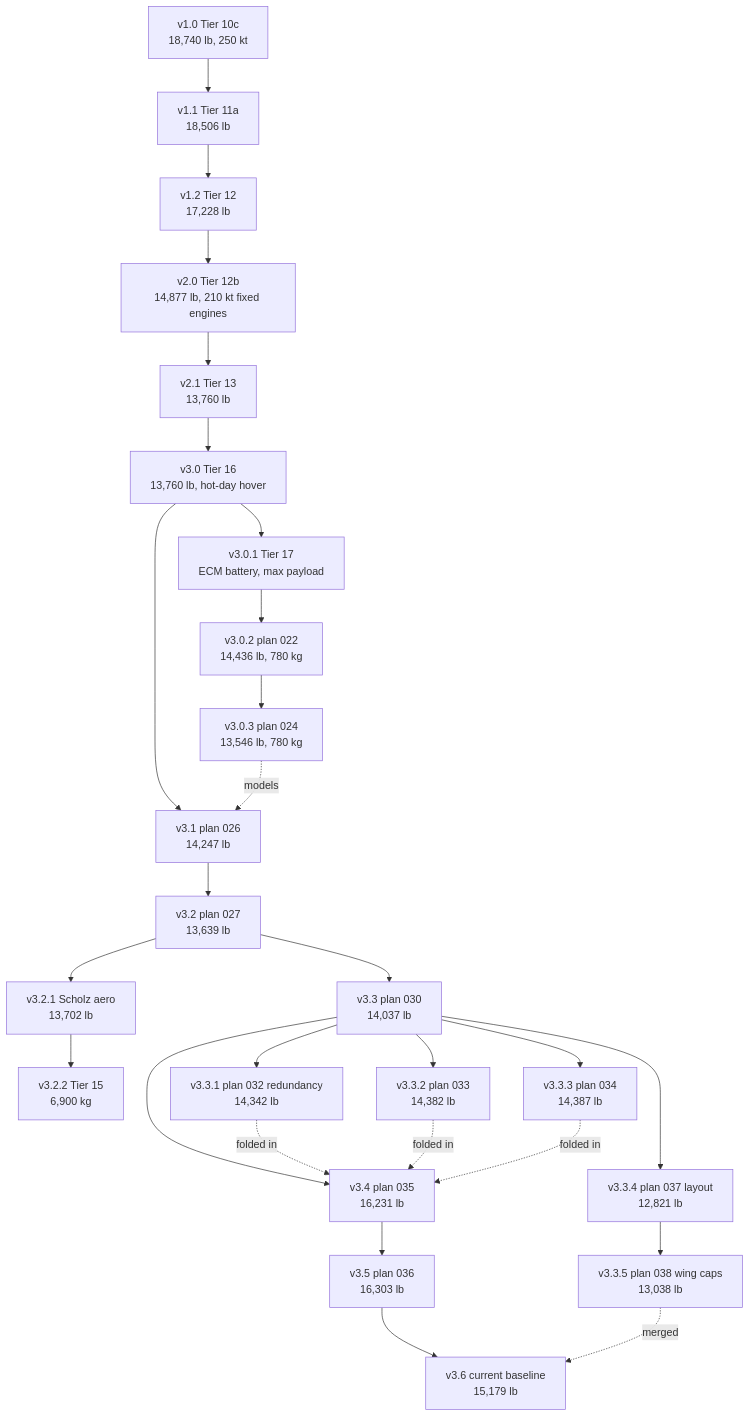
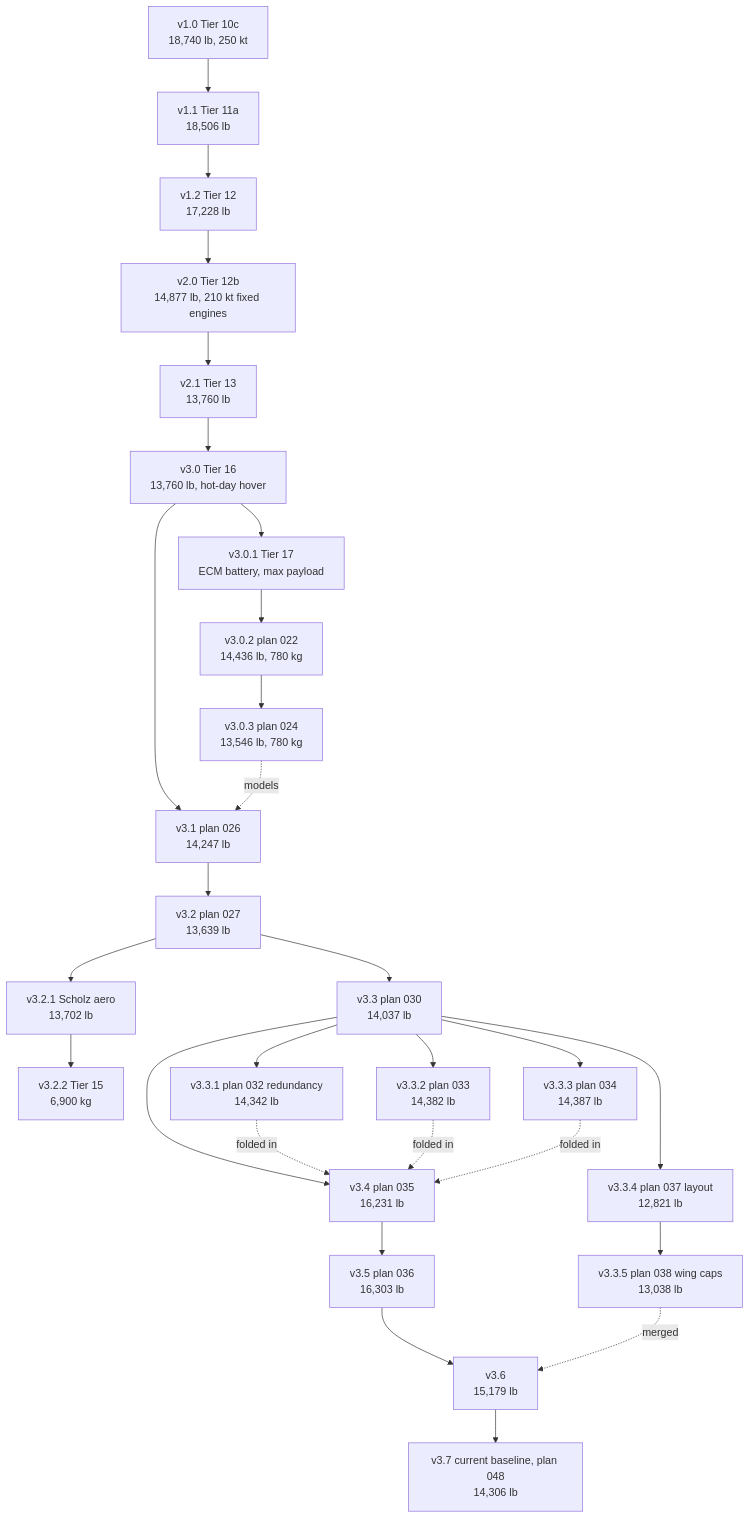
One commit to rootAmos/size_halo changed the diagram in docs/AIRCRAFT_VERSIONS.md. Above: the diagram before and after it, drawn with Mermaid. The commit also changed other lines of this file and 8 other files, not shown here.

First line of the commit message:
feat(powertrain): baseline v3.7, 10 % unit uprating and the epsilon-NTU cooler (plan 048)

````diff
--- a/docs/AIRCRAFT_VERSIONS.md
+++ b/docs/AIRCRAFT_VERSIONS.md
@@ -57,29 +58,30 @@
 ```mermaid
 flowchart TD
     v1_0["v1.0 Tier 10c<br/>18,740 lb, 250 kt"] --> v1_1["v1.1 Tier 11a<br/>18,506 lb"]
     v1_1 --> v1_2["v1.2 Tier 12<br/>17,228 lb"]
     v1_2 --> v2_0["v2.0 Tier 12b<br/>14,877 lb, 210 kt fixed engines"]
     v2_0 --> v2_1["v2.1 Tier 13<br/>13,760 lb"]
     v2_1 --> v3_0["v3.0 Tier 16<br/>13,760 lb, hot-day hover"]
     v3_0 --> v3_0_1["v3.0.1 Tier 17<br/>ECM battery, max payload"]
     v3_0_1 --> v3_0_2["v3.0.2 plan 022<br/>14,436 lb, 780 kg"]
     v3_0_2 --> v3_0_3["v3.0.3 plan 024<br/>13,546 lb, 780 kg"]
     v3_0 --> v3_1["v3.1 plan 026<br/>14,247 lb"]
     v3_0_3 -. models .-> v3_1
     v3_1 --> v3_2["v3.2 plan 027<br/>13,639 lb"]
     v3_2 --> v3_2_1["v3.2.1 Scholz aero<br/>13,702 lb"]
     v3_2_1 --> v3_2_2["v3.2.2 Tier 15<br/>6,900 kg"]
     v3_2 --> v3_3["v3.3 plan 030<br/>14,037 lb"]
     v3_3 --> v3_3_1["v3.3.1 plan 032 redundancy<br/>14,342 lb"]
     v3_3 --> v3_3_2["v3.3.2 plan 033<br/>14,382 lb"]
     v3_3 --> v3_3_3["v3.3.3 plan 034<br/>14,387 lb"]
     v3_3 --> v3_4["v3.4 plan 035<br/>16,231 lb"]
     v3_3_1 -. folded in .-> v3_4
     v3_3_2 -. folded in .-> v3_4
     v3_3_3 -. folded in .-> v3_4
     v3_4 --> v3_5["v3.5 plan 036<br/>16,303 lb"]
     v3_3 --> v3_3_4["v3.3.4 plan 037 layout<br/>12,821 lb"]
     v3_3_4 --> v3_3_5["v3.3.5 plan 038 wing caps<br/>13,038 lb"]
-    v3_5 --> v3_6["v3.6 current baseline<br/>15,179 lb"]
+    v3_5 --> v3_6["v3.6<br/>15,179 lb"]
     v3_3_5 -. merged .-> v3_6
+    v3_6 --> v3_7["v3.7 current baseline, plan 048<br/>14,306 lb"]
 ```
````
